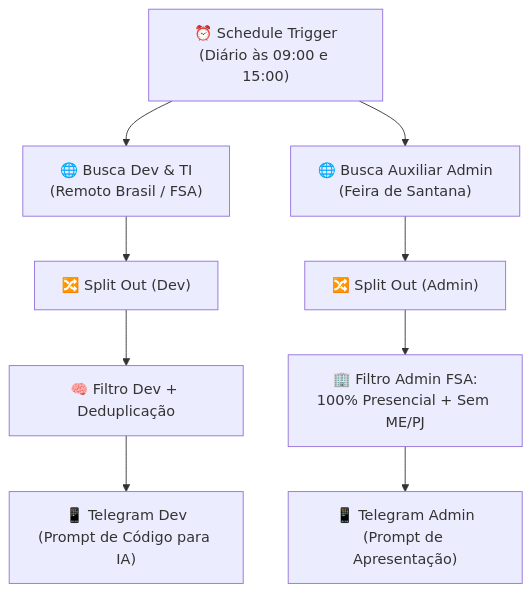
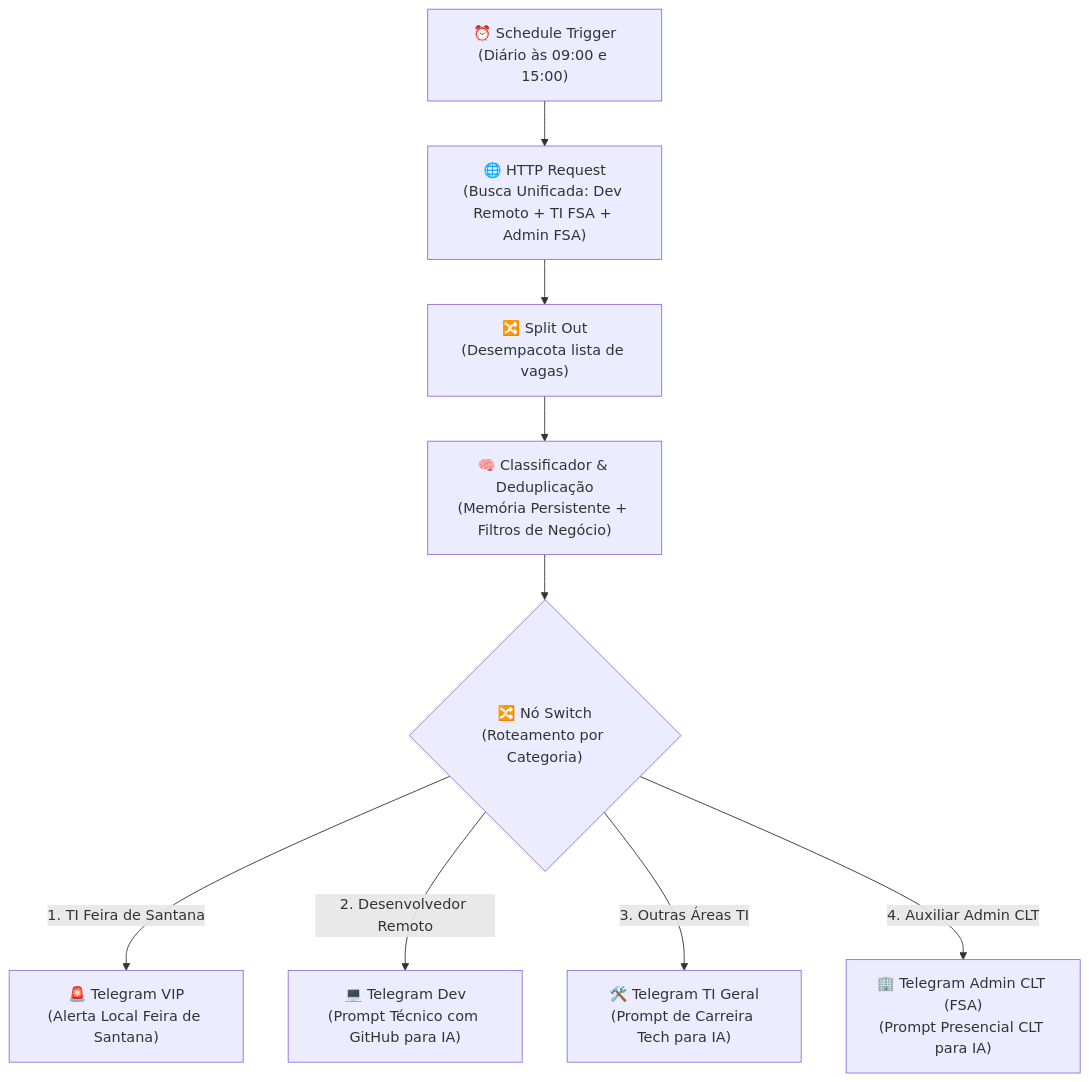
Before and after one commit to Jntgirardi/monitor-de-vagas-n8n: the diagram in README.md, drawn with Mermaid. The commit also changed other lines of this file and 1 other file, not shown here.

Commit message:
feat: implementa no switch com 4 ramificacoes incluindo auxiliar administrativo clt em feira de santana

````diff
--- a/README.md
+++ b/README.md
@@ -11,16 +14,15 @@
 ```mermaid
 flowchart TD
-    Schedule["⏰ Schedule Trigger<br>(Diário às 09:00 e 15:00)"]
-
-    %% TRILHA DEV
-    Schedule --> HTTP_Dev["🌐 Busca Dev & TI<br>(Remoto Brasil / FSA)"]
-    HTTP_Dev --> Split_Dev["🔀 Split Out (Dev)"]
-    Split_Dev --> Code_Dev["🧠 Filtro Dev + Deduplicação"]
-    Code_Dev --> TG_Dev["📱 Telegram Dev<br>(Prompt de Código para IA)"]
-
-    %% TRILHA ADMIN
-    Schedule --> HTTP_Admin["🌐 Busca Auxiliar Admin<br>(Feira de Santana)"]
-    HTTP_Admin --> Split_Admin["🔀 Split Out (Admin)"]
-    Split_Admin --> Code_Admin["🏢 Filtro Admin FSA:<br>100% Presencial + Sem ME/PJ"]
-    Code_Admin --> TG_Admin["📱 Telegram Admin<br>(Prompt de Apresentação)"]
+    Schedule["⏰ Schedule Trigger<br>(Diário às 09:00 e 15:00)"] --> Fetch["🌐 HTTP Request<br>(Busca Unificada: Dev Remoto + TI FSA + Admin FSA)"]
+    Fetch --> Split["🔀 Split Out<br>(Desempacota lista de vagas)"]
+    Split --> Classifier["🧠 Classificador & Deduplicação<br>(Memória Persistente + Filtros de Negócio)"]
+    
+    %% NÓ SWITCH COM 4 RAMOS
+    Classifier --> Switch{"🔀 Nó Switch<br>(Roteamento por Categoria)"}
+    
+    %% OS 4 RAMOS
+    Switch -->|1. TI Feira de Santana| TG1["🚨 Telegram VIP<br>(Alerta Local Feira de Santana)"]
+    Switch -->|2. Desenvolvedor Remoto| TG2["💻 Telegram Dev<br>(Prompt Técnico com GitHub para IA)"]
+    Switch -->|3. Outras Áreas TI| TG3["🛠️ Telegram TI Geral<br>(Prompt de Carreira Tech para IA)"]
+    Switch -->|4. Auxiliar Admin CLT| TG4["🏢 Telegram Admin CLT (FSA)<br>(Prompt Presencial CLT para IA)"]
 ```
````
